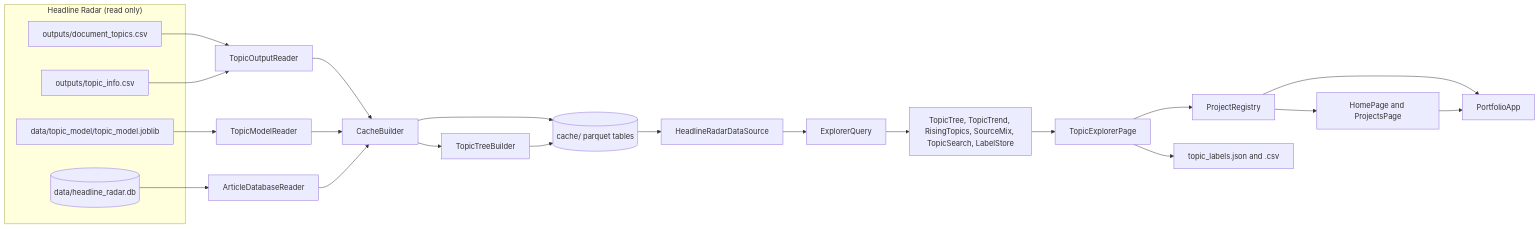
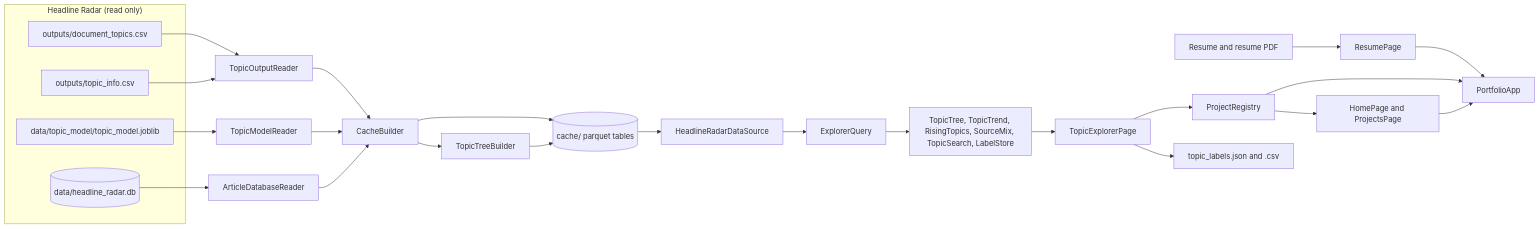
One commit to ajgeiger/portfolio-site changed the diagram in README.md. Above: the diagram before and after it, drawn with Mermaid. The commit also changed other lines of this file and 9 other files, not shown here.

````diff
--- a/README.md
+++ b/README.md
@@ -100,28 +105,30 @@
 ```mermaid
 flowchart LR
     subgraph HR["Headline Radar (read only)"]
         DT["outputs/document_topics.csv"]
         TI["outputs/topic_info.csv"]
         MJ["data/topic_model/topic_model.joblib"]
         DB[("data/headline_radar.db")]
     end
     DT --> TOR["TopicOutputReader"]
     TI --> TOR
     MJ --> TMR["TopicModelReader"]
     DB --> ADR["ArticleDatabaseReader"]
     TOR --> CB["CacheBuilder"]
     TMR --> CB
     ADR --> CB
     CB --> TTB["TopicTreeBuilder"]
     CB --> CACHE[("cache/ parquet tables")]
     TTB --> CACHE
     CACHE --> DS["HeadlineRadarDataSource"]
     DS --> EQ["ExplorerQuery"]
     EQ --> AN["TopicTree, TopicTrend, RisingTopics, SourceMix, TopicSearch, LabelStore"]
     AN --> PG["TopicExplorerPage"]
     PG --> REG["ProjectRegistry"]
     REG --> HOME["HomePage and ProjectsPage"]
+    RES["Resume and resume PDF"] --> RP["ResumePage"]
+    RP --> APP
     REG --> APP["PortfolioApp"]
     HOME --> APP
     PG --> EX["topic_labels.json and .csv"]
 ```
````
